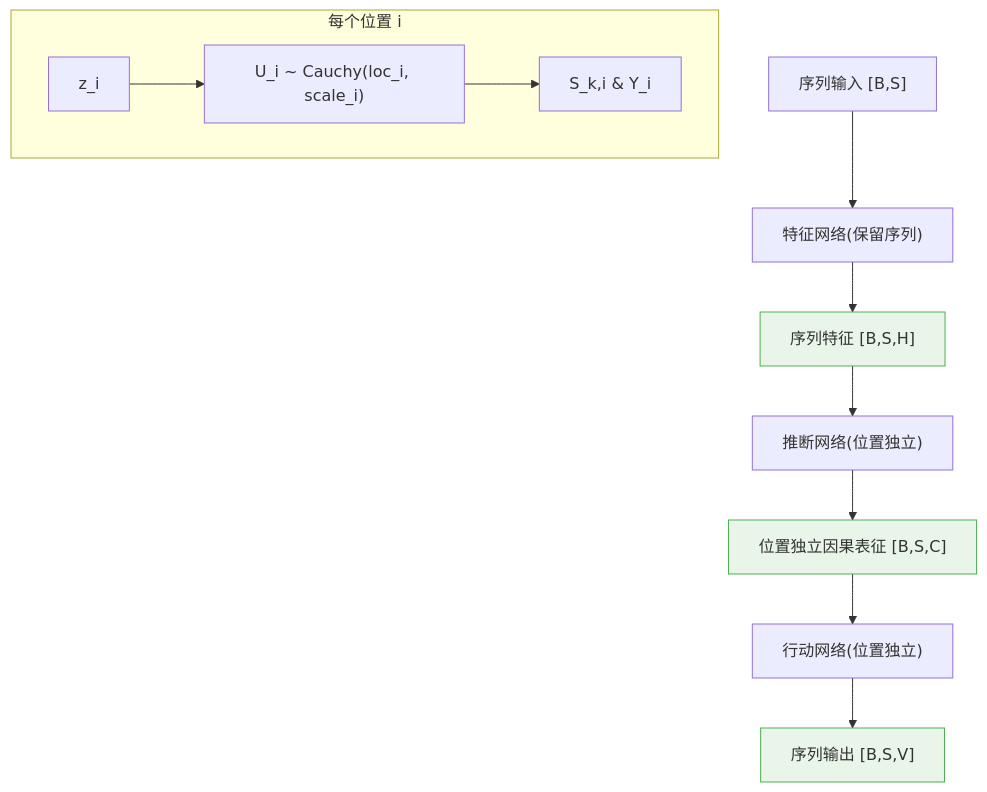
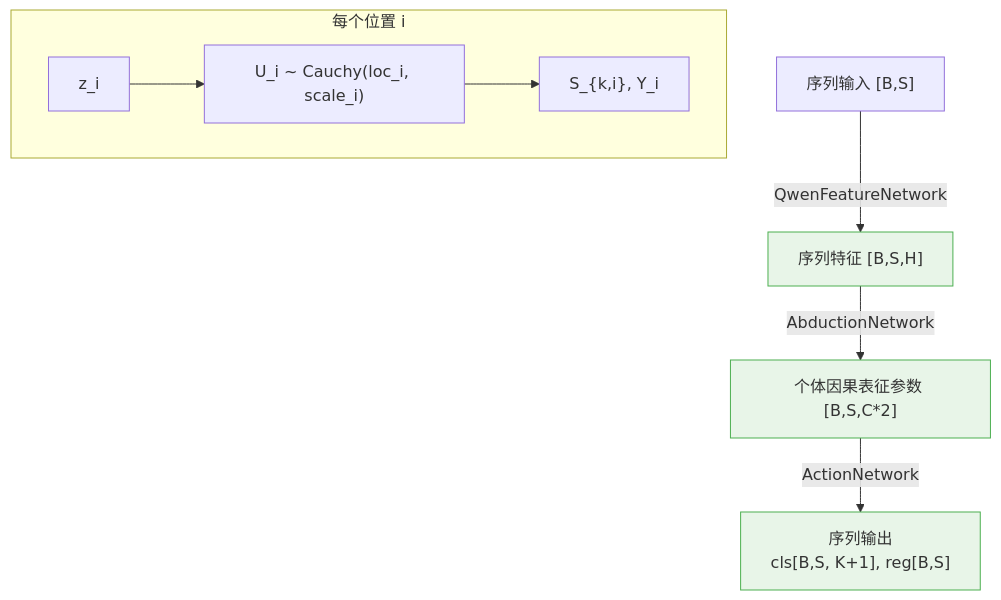
The second of 2 diagrams in docs/analysis/forward_pass_analysis.md (1587causalai/CausalQwen), drawn with Mermaid before and after one commit. The commit also changed other lines of this file and 11 other files, not shown here.

````diff
--- a/docs/analysis/forward_pass_analysis.md
+++ b/docs/analysis/forward_pass_analysis.md
@@ -62,18 +62,14 @@
 ```mermaid
 graph TB
-    A["序列输入 [B,S]"] --> B["特征网络(保留序列)"]
-    B --> C["序列特征 [B,S,H]"]
-    C --> D["推断网络(位置独立)"]
-    D --> E["位置独立因果表征 [B,S,C]"]
-    E --> F["行动网络(位置独立)"]
-    F --> G["序列输出 [B,S,V]"]
+    A["序列输入 [B,S]"] -- "QwenFeatureNetwork" --> C["序列特征 [B,S,H]"]
+    C -- "AbductionNetwork" --> E["个体因果表征参数 [B,S,C*2]"]
+    E -- "ActionNetwork" --> G["序列输出 <br> cls[B,S, K+1], reg[B,S]"]
     
     subgraph "每个位置 i"
-        H["z_i"] --> I["U_i ~ Cauchy(loc_i, scale_i)"]
-        I --> J["S_k,i & Y_i"]
+        H["z_i"] --> I["U_i ~ Cauchy(loc_i, scale_i)"] --> J["S_{k,i}, Y_i"]
     end
     
     style C fill:#e8f5e8,stroke:#4caf50
     style E fill:#e8f5e8,stroke:#4caf50
     style G fill:#e8f5e8,stroke:#4caf50
 ```
````
